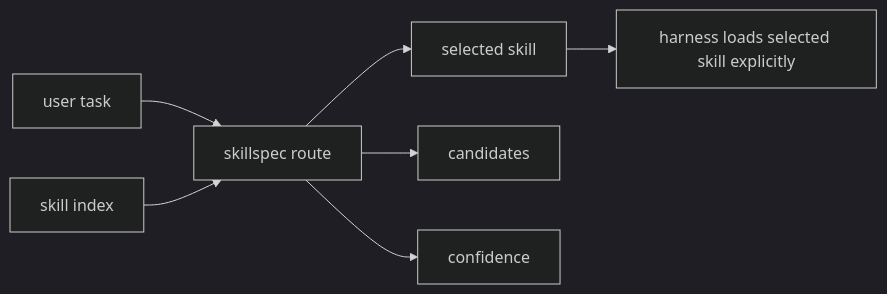
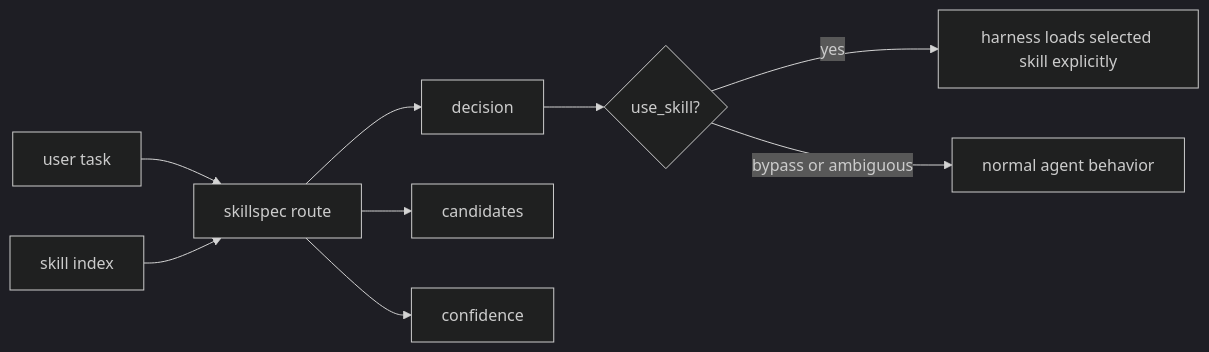
One commit to modiqo/skillspec changed the third of 5 diagrams in docs/design/explained/03-router-mode.md. Above: the diagram before and after it, drawn with Mermaid (dark theme). The commit also changed other lines of this file and 11 other files, not shown here.

Commit message:
Gate router skill selection by route decision

````diff
--- a/docs/design/explained/03-router-mode.md
+++ b/docs/design/explained/03-router-mode.md
@@ -91,9 +91,11 @@
 ```mermaid
 flowchart LR
     A[user task] --> B[skillspec route]
     C[skill index] --> B
-    B --> D[selected skill]
+    B --> D[decision]
     B --> E[candidates]
     B --> F[confidence]
-    D --> G[harness loads selected skill explicitly]
+    D --> G{use_skill?}
+    G -->|yes| H[harness loads selected skill explicitly]
+    G -->|bypass or ambiguous| I[normal agent behavior]
 ```
````
